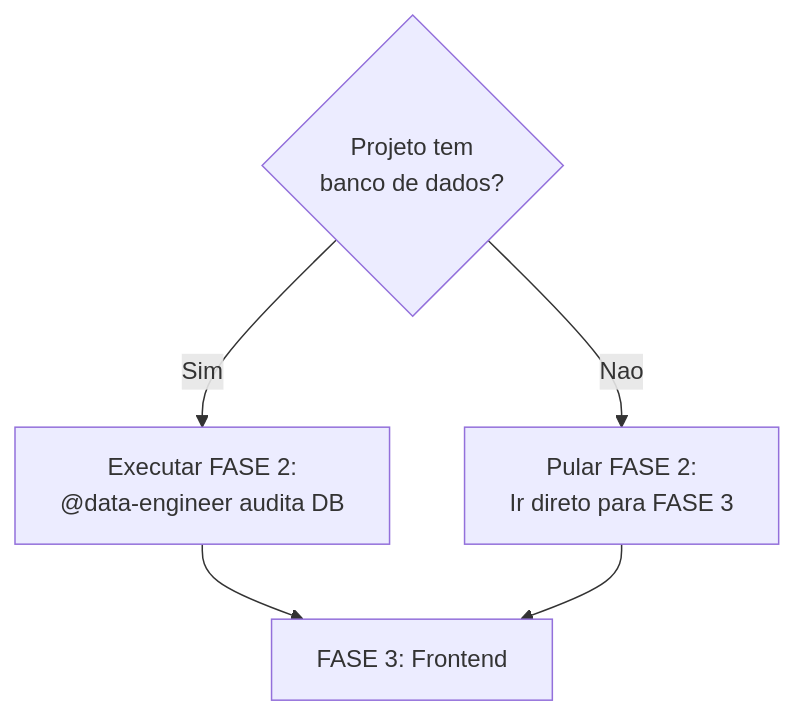
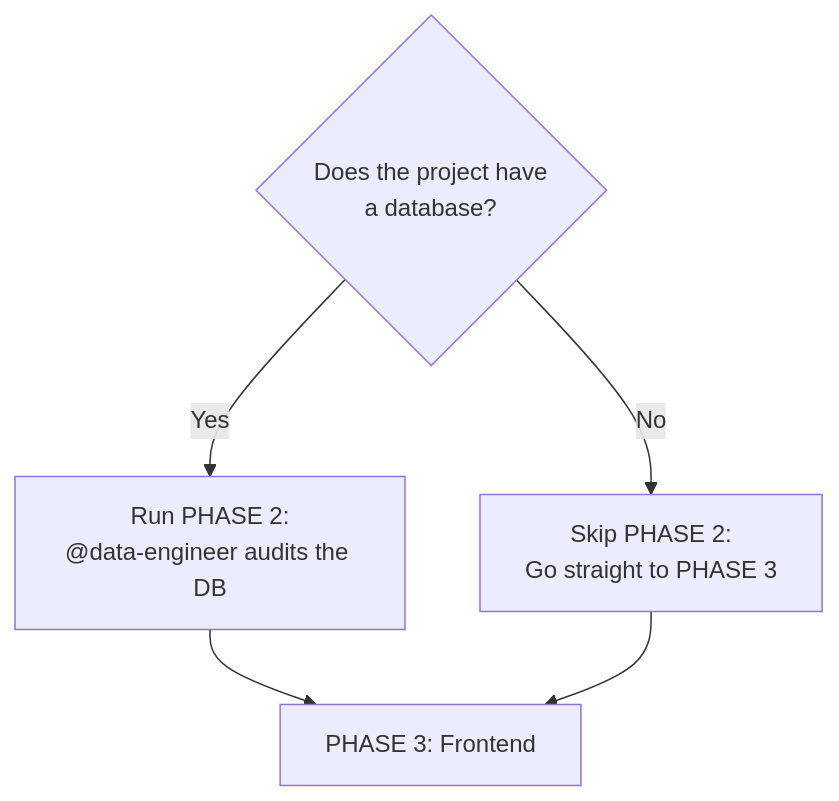
Before and after one commit to CyryxLabs/AEXOS: the fifth of 7 diagrams in docs/aexos-workflows/brownfield-discovery-workflow.md, drawn with Mermaid. The commit also changed other lines of this file and 528 other files, not shown here.

````diff
--- a/docs/aexos-workflows/brownfield-discovery-workflow.md
+++ b/docs/aexos-workflows/brownfield-discovery-workflow.md
@@ -745,8 +745,8 @@
 ```mermaid
 flowchart TD
-    Q1{Projeto tem<br/>banco de dados?}
-    Q1 -->|Sim| A1[Executar FASE 2:<br/>@data-engineer audita DB]
-    Q1 -->|Nao| A2[Pular FASE 2:<br/>Ir direto para FASE 3]
-    A1 --> B[FASE 3: Frontend]
+    Q1{Does the project have<br/>a database?}
+    Q1 -->|Yes| A1[Run PHASE 2:<br/>@data-engineer audits the DB]
+    Q1 -->|No| A2[Skip PHASE 2:<br/>Go straight to PHASE 3]
+    A1 --> B[PHASE 3: Frontend]
     A2 --> B
 ```
````
